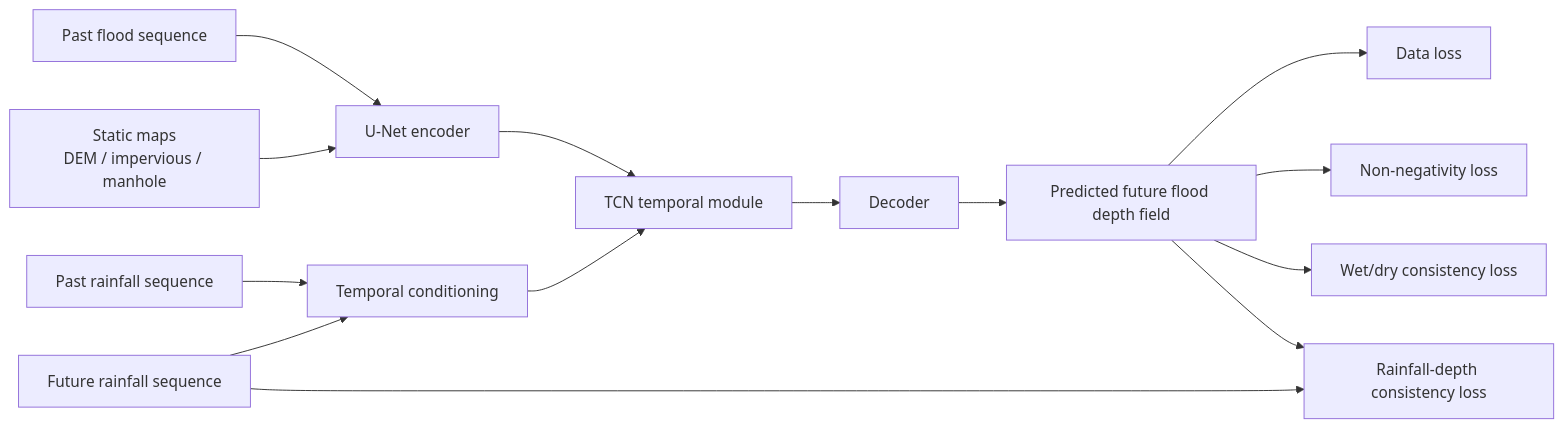
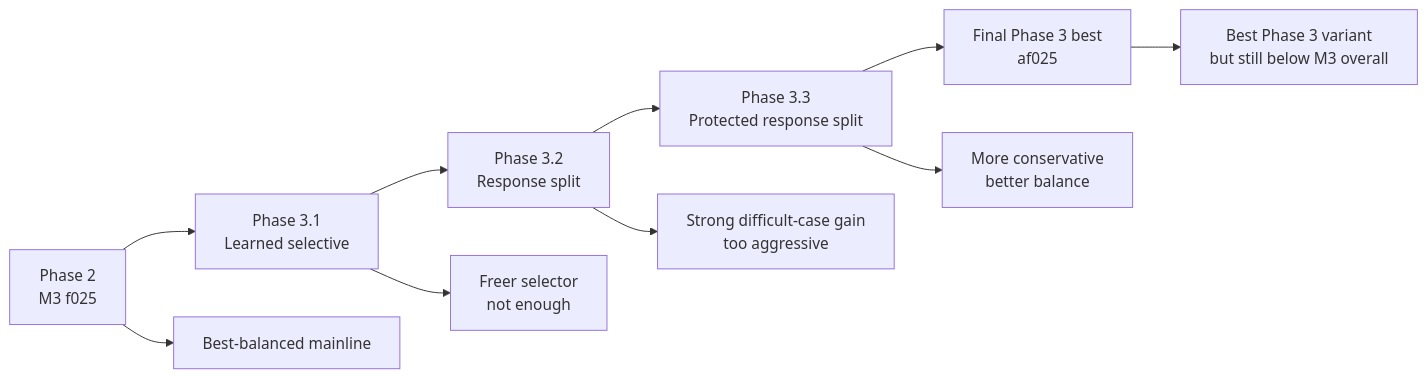
Before and after one commit to HolyLin990604/physics-guided-urban-flood-prediction: the first of 2 diagrams in README.md, drawn with Mermaid. The commit also changed other lines of this file, not shown here.

Commit message:
Add archive notice to phase3-3 branch README

````diff
--- a/README.md
+++ b/README.md
@@ -7,18 +57,13 @@
 ```mermaid
 flowchart LR
-    A[Past flood sequence] --> B[U-Net encoder]
-    C[Past rainfall sequence] --> D[Temporal conditioning]
-    E[Future rainfall sequence] --> D
-    F[Static maps<br/>DEM / impervious / manhole] --> B
+    A[Phase 2<br/>M3 f025] --> B[Phase 3.1<br/>Learned selective]
+    B --> C[Phase 3.2<br/>Response split]
+    C --> D[Phase 3.3<br/>Protected response split]
+    D --> E[Final Phase 3 best<br/>af025]
 
-    B --> G[TCN temporal module]
-    D --> G
-    G --> H[Decoder]
-    H --> I[Predicted future flood depth field]
-
-    I --> J[Data loss]
-    I --> K[Non-negativity loss]
-    I --> L[Wet/dry consistency loss]
-    I --> M[Rainfall-depth consistency loss]
-    E --> M
+    A --> A1[Best-balanced mainline]
+    B --> B1[Freer selector<br/>not enough]
+    C --> C1[Strong difficult-case gain<br/>too aggressive]
+    D --> D1[More conservative<br/>better balance]
+    E --> E1[Best Phase 3 variant<br/>but still below M3 overall]
 ```
````
